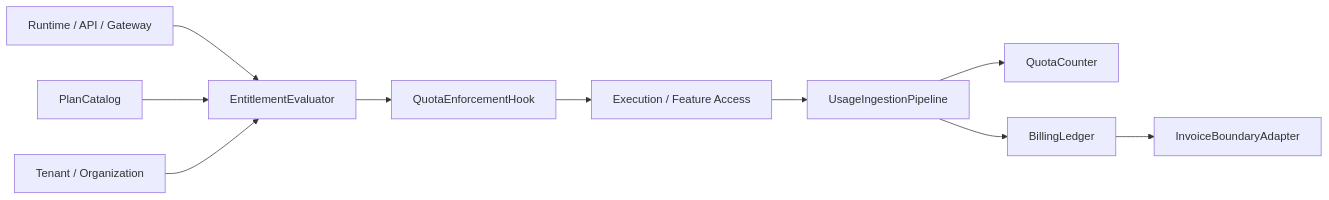
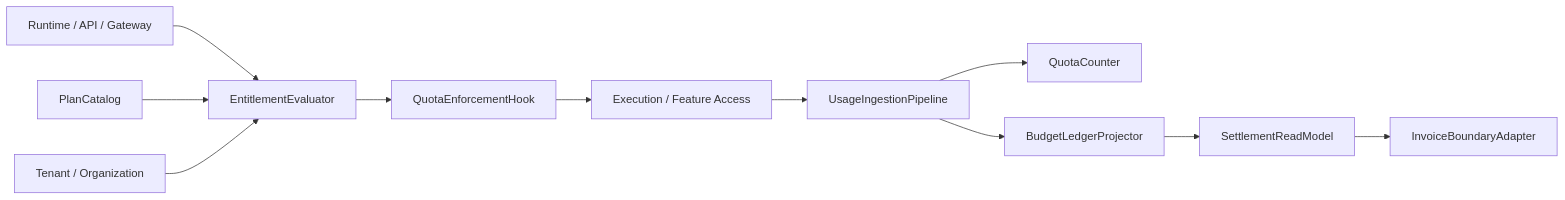
Before and after one commit to HoldenShen-hz/automatic-agent-platform: the first of 3 diagrams in docs_en/contracts/monetization_metering_plane_contract.md, drawn with Mermaid. The commit also changed other lines of this file and 495 other files, not shown here.

````diff
--- a/docs_en/contracts/monetization_metering_plane_contract.md
+++ b/docs_en/contracts/monetization_metering_plane_contract.md
@@ -48,12 +49,13 @@
 ```mermaid
 flowchart LR
     A["Runtime / API / Gateway"] --> B["EntitlementEvaluator"]
     B --> C["QuotaEnforcementHook"]
     C --> D["Execution / Feature Access"]
     D --> E["UsageIngestionPipeline"]
     E --> F["QuotaCounter"]
-    E --> G["BillingLedger"]
+    E --> G["BudgetLedgerProjector"]
     H["PlanCatalog"] --> B
     I["Tenant / Organization"] --> B
-    G --> J["InvoiceBoundaryAdapter"]
+    G --> J["SettlementReadModel"]
+    J --> K["InvoiceBoundaryAdapter"]
 ```
````
